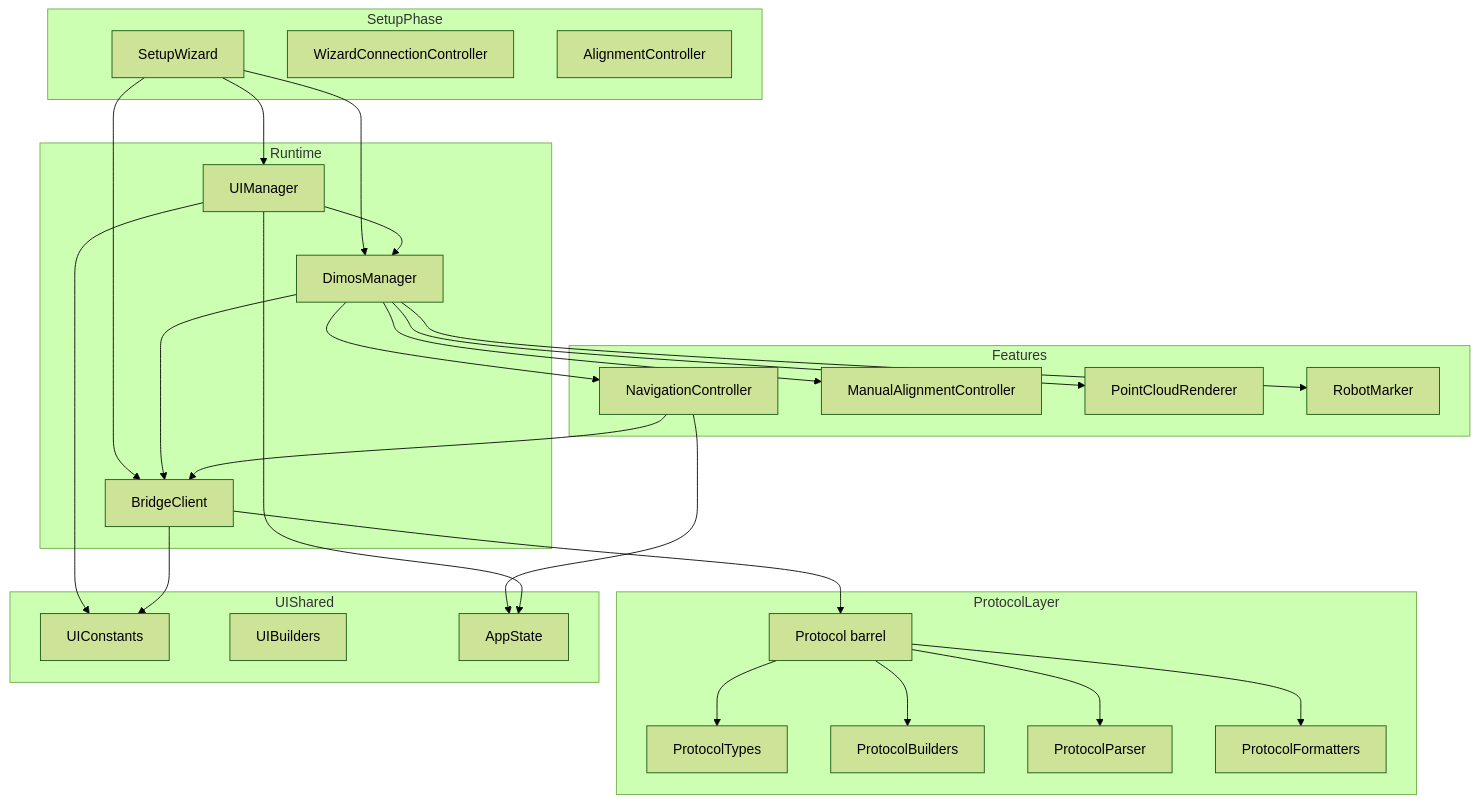
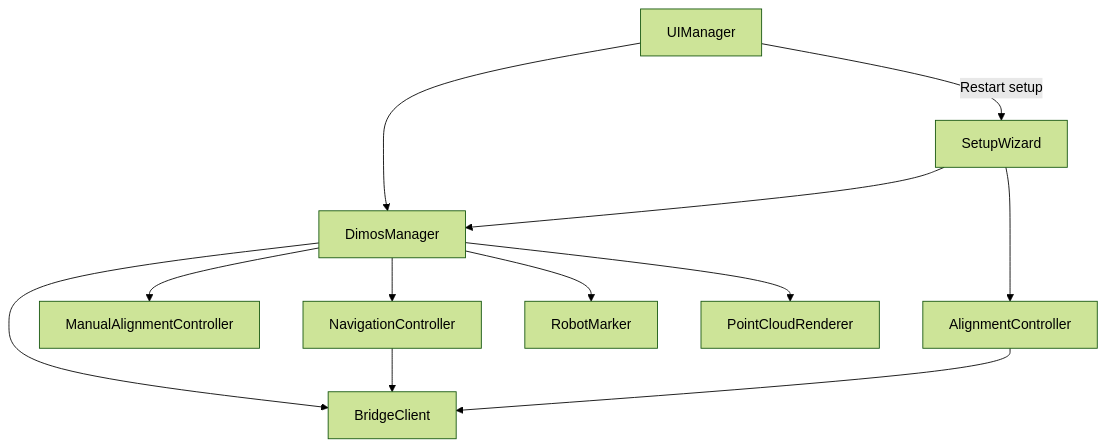
One commit to V4C38/spectacles-dimensional-os changed the second of 3 diagrams in README.md. Above: the diagram before and after it, drawn with Mermaid (forest theme). The commit also changed other lines of this file and 3 other files, not shown here.

````diff
--- a/README.md
+++ b/README.md
@@ -30,52 +98,14 @@
 ```mermaid
 flowchart TB
-  subgraph setupPhase [SetupPhase]
-    SW[SetupWizard]
-    WCC[WizardConnectionController]
-    AC_align[AlignmentController]
-  end
-
-  subgraph runtime [Runtime]
-    DM[DimosManager]
-    BC[BridgeClient]
-    UM[UIManager]
-  end
-
-  subgraph protocolLayer [ProtocolLayer]
-    P[Protocol barrel]
-    PT[ProtocolTypes]
-    PB[ProtocolBuilders]
-    PP[ProtocolParser]
-    PF[ProtocolFormatters]
-  end
-
-  subgraph features [Features]
-    NC[NavigationController]
-    MAC[ManualAlignmentController]
-    PCR[PointCloudRenderer]
-    RM[RobotMarker]
-  end
-
-  subgraph uiShared [UIShared]
-    UC[UIConstants]
-    UB[UIBuilders]
-    AS[AppState]
-  end
-
-  SW --> BC
-  SW --> DM
-  SW --> UM
-  DM --> BC
-  DM --> NC
-  DM --> MAC
-  DM --> PCR
-  DM --> RM
-  BC --> P
-  P --> PT & PB & PP & PF
-  NC --> BC
-  NC --> AS
-  UM --> DM
-  UM --> AS
-  UM --> UC
-  BC --> UC
+  SetupWizard[SetupWizard] --> DimosManager[DimosManager]
+  SetupWizard --> AlignmentController[AlignmentController]
+  UIManager[UIManager] --> DimosManager
+  UIManager -->|"Restart setup"| SetupWizard
+  DimosManager --> BridgeClient[BridgeClient]
+  DimosManager --> ManualAlignment[ManualAlignmentController]
+  DimosManager --> Navigation[NavigationController]
+  DimosManager --> RobotMarker[RobotMarker]
+  DimosManager --> PointCloud[PointCloudRenderer]
+  AlignmentController --> BridgeClient
+  Navigation --> BridgeClient
 ```
````
